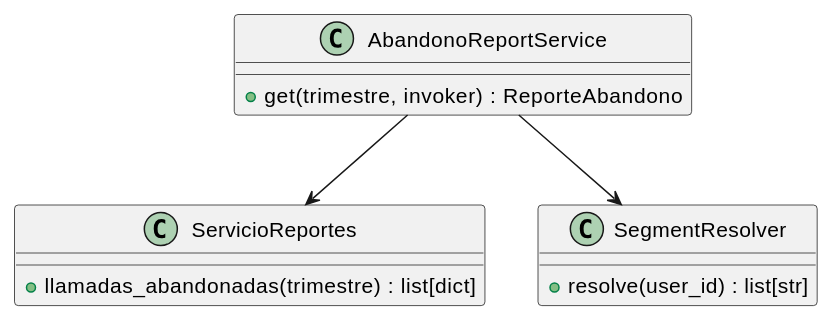
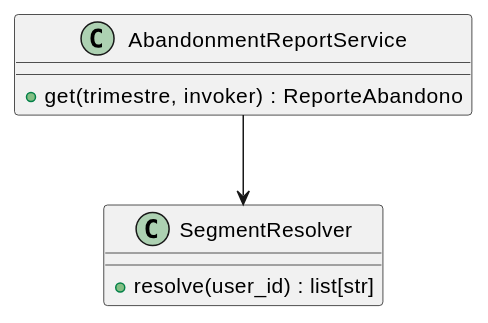
Before and after one commit to jcg-admin/IACT-docs: the diagram in source/requisitos/casos-uso/reports/uc-rpt-13/diagramas-uml/clases.rst, drawn with PlantUML. The commit also changed 79 other files, not shown here.

```diff
--- a/source/requisitos/casos-uso/reports/uc-rpt-13/diagramas-uml/clases.rst
+++ b/source/requisitos/casos-uso/reports/uc-rpt-13/diagramas-uml/clases.rst
@@ -4,15 +4,11 @@
 .. uml::
 
  @startuml
- class AbandonoReportService {
+ class AbandonmentReportService {
    + get(trimestre, invoker) : ReporteAbandono
- }
- class ServicioReportes {
-   + llamadas_abandonadas(trimestre) : list[dict]
  }
  class SegmentResolver {
    + resolve(user_id) : list[str]
  }
- AbandonoReportService --> ServicioReportes
- AbandonoReportService --> SegmentResolver
+ AbandonmentReportService --> SegmentResolver
  @enduml
```
